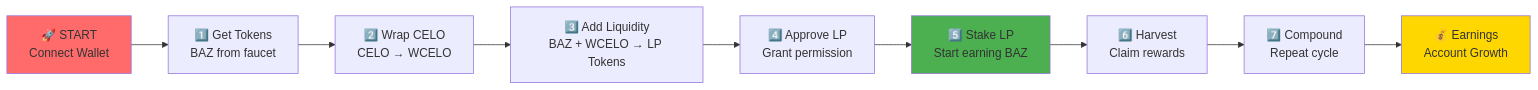
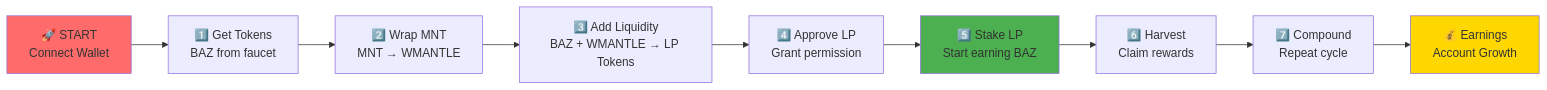
Before and after one commit to prithwish122/Bazigr-mantle: the fifth of 6 diagrams in README.md, drawn with Mermaid. The commit also changed other lines of this file and 2 other files, not shown here.

````diff
--- a/README.md
+++ b/README.md
@@ -287,15 +287,15 @@
 ```mermaid
 graph LR
     A["🚀 START<br/>Connect Wallet"] --> B["1️⃣ Get Tokens<br/>BAZ from faucet"]
-    B --> C["2️⃣ Wrap CELO<br/>CELO → WCELO"]
-    C --> D["3️⃣ Add Liquidity<br/>BAZ + WCELO → LP Tokens"]
+    B --> C["2️⃣ Wrap MNT<br/>MNT → WMANTLE"]
+    C --> D["3️⃣ Add Liquidity<br/>BAZ + WMANTLE → LP Tokens"]
     D --> E["4️⃣ Approve LP<br/>Grant permission"]
     E --> F["5️⃣ Stake LP<br/>Start earning BAZ"]
     F --> G["6️⃣ Harvest<br/>Claim rewards"]
     G --> H["7️⃣ Compound<br/>Repeat cycle"]
     H --> I["💰 Earnings<br/>Account Growth"]
     
     style A fill:#FF6B6B
     style F fill:#4CAF50
     style I fill:#FFD700
 ```
````
